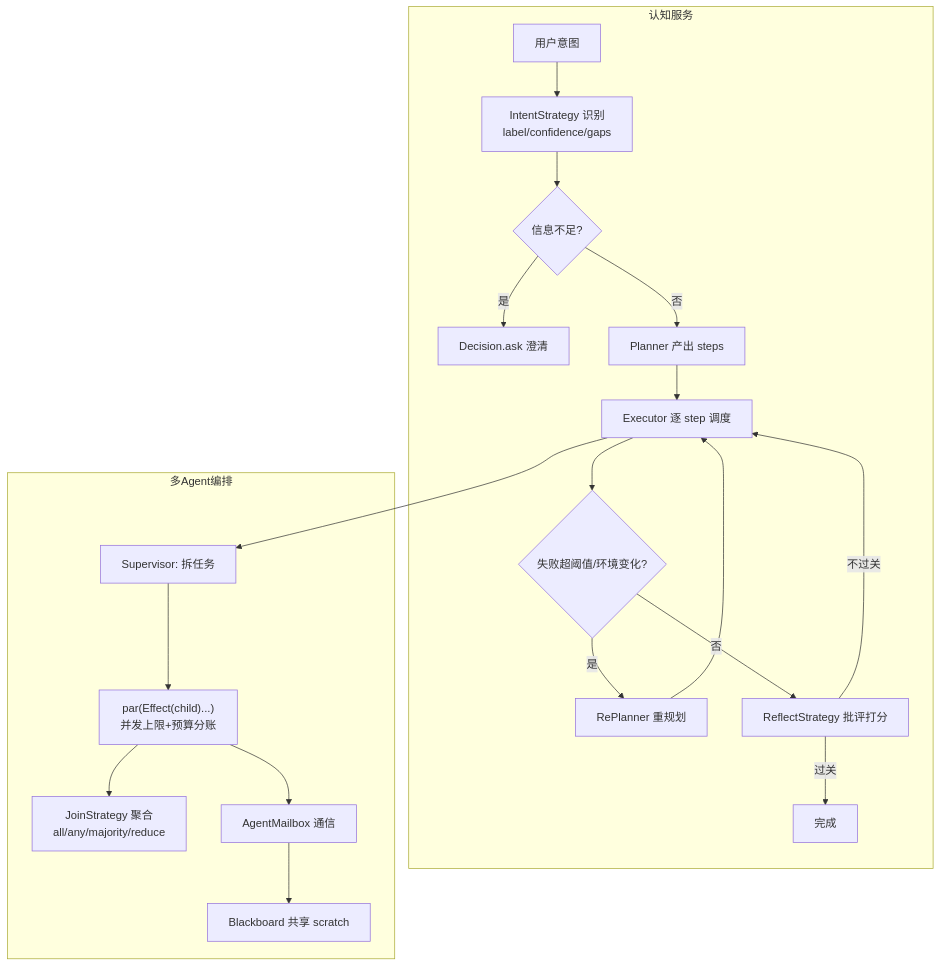
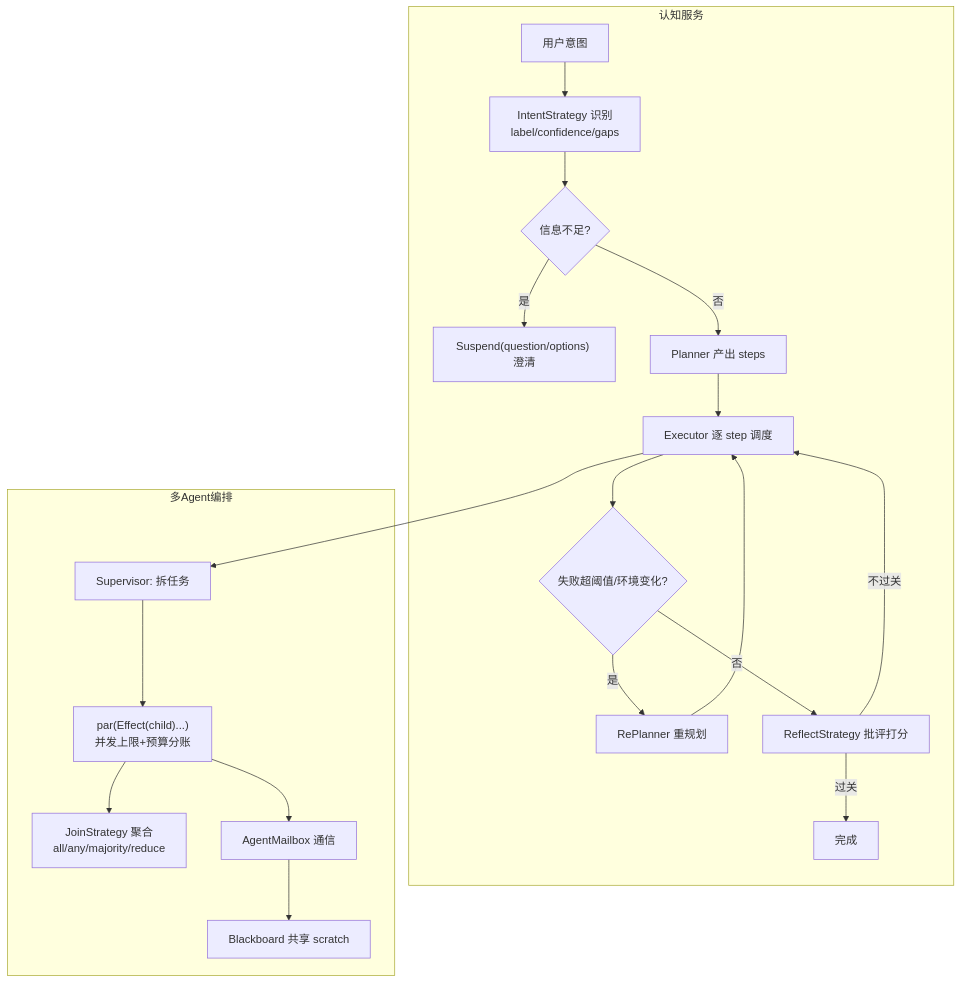
The tenth of 13 diagrams in docs/01-总览与设计/AGENT-总设计.md (sao-lang/lll), drawn with Mermaid before and after one commit. The commit also changed other lines of this file and 127 other files, not shown here.

````diff
--- a/docs/01-总览与设计/AGENT-总设计.md
+++ b/docs/01-总览与设计/AGENT-总设计.md
@@ -1162,23 +1296,23 @@
 ```mermaid
 flowchart TD
     subgraph 认知服务
         UI["用户意图"] --> INT["IntentStrategy 识别<br/>label/confidence/gaps"]
         INT --> CLR{"信息不足?"}
-        CLR -->|是| ASK["Decision.ask 澄清"]
+        CLR -->|是| ASK["Suspend(question/options) 澄清"]
         CLR -->|否| PLAN["Planner 产出 steps"]
         PLAN --> EXEC["Executor 逐 step 调度"]
         EXEC --> FAIL{"失败超阈值/环境变化?"}
         FAIL -->|是| REPLAN["RePlanner 重规划"]
         REPLAN --> EXEC
         FAIL -->|否| REF["ReflectStrategy 批评打分"]
         REF -->|不过关| EXEC
         REF -->|过关| DONE["完成"]
     end
     subgraph 多Agent编排
         SUP["Supervisor: 拆任务"] --> PAR["par(Effect(child)...)<br/>并发上限+预算分账"]
         PAR --> JOIN["JoinStrategy 聚合<br/>all/any/majority/reduce"]
         PAR --> COM["AgentMailbox 通信"]
         COM --> BB["Blackboard 共享 scratch"]
     end
     EXEC --> SUP
 ```
````
